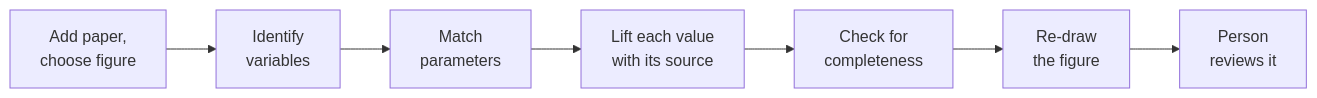
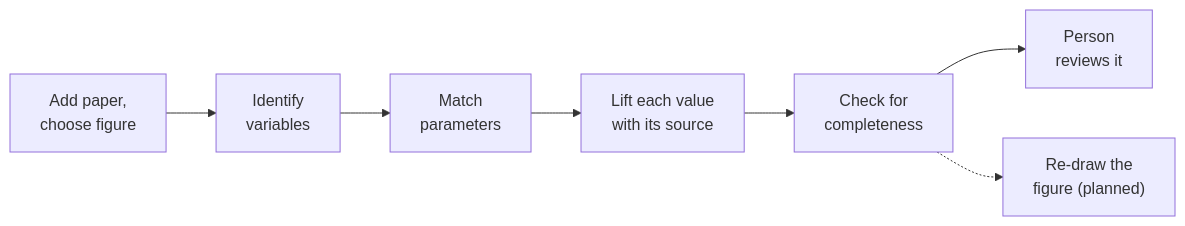
Before and after one commit to Lizo-RoadTown/sde-extraction: the diagram in apps/docs/src/content/docs/explanation/observability.md, drawn with Mermaid. The commit also changed other lines of this file and 7 other files, not shown here.

````diff
--- a/apps/docs/src/content/docs/explanation/observability.md
+++ b/apps/docs/src/content/docs/explanation/observability.md
@@ -11,9 +11,9 @@
 ```mermaid
 flowchart LR
   A["Add paper,<br/>choose figure"] --> B["Identify<br/>variables"]
   B --> C["Match<br/>parameters"]
   C --> D["Lift each value<br/>with its source"]
   D --> E["Check for<br/>completeness"]
-  E --> F["Re-draw<br/>the figure"]
-  F --> G["Person<br/>reviews it"]
+  E --> G["Person<br/>reviews it"]
+  E -.-> F["Re-draw the<br/>figure (planned)"]
 ```
````
